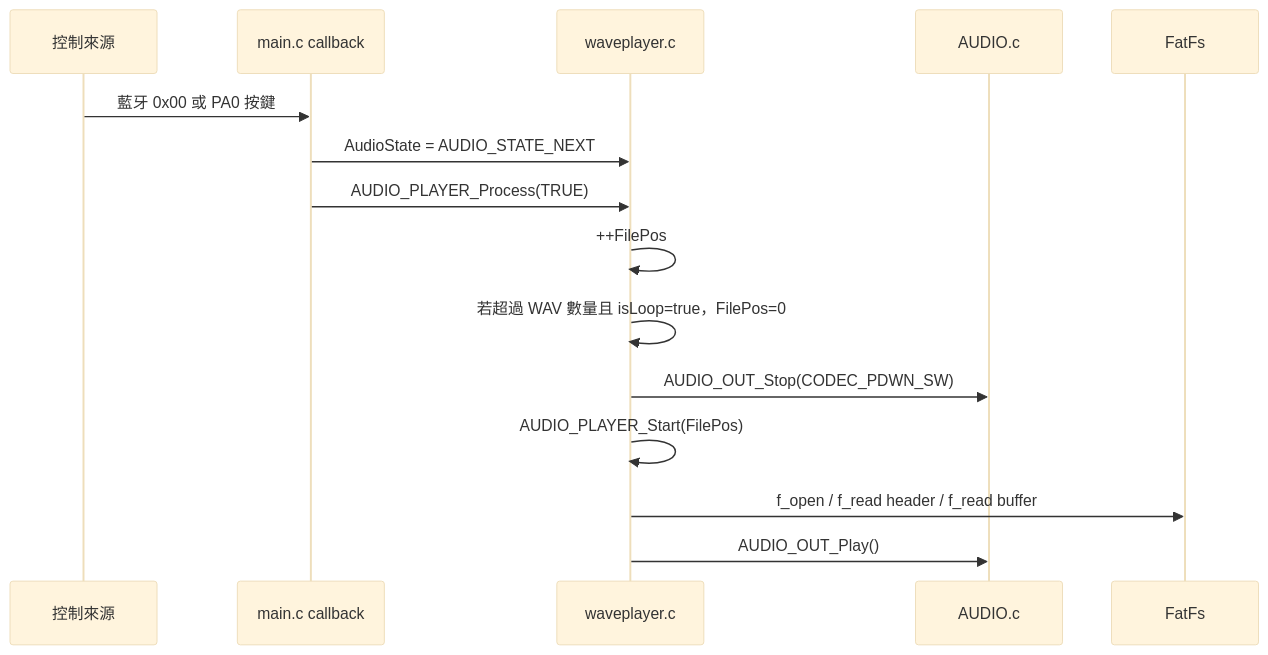
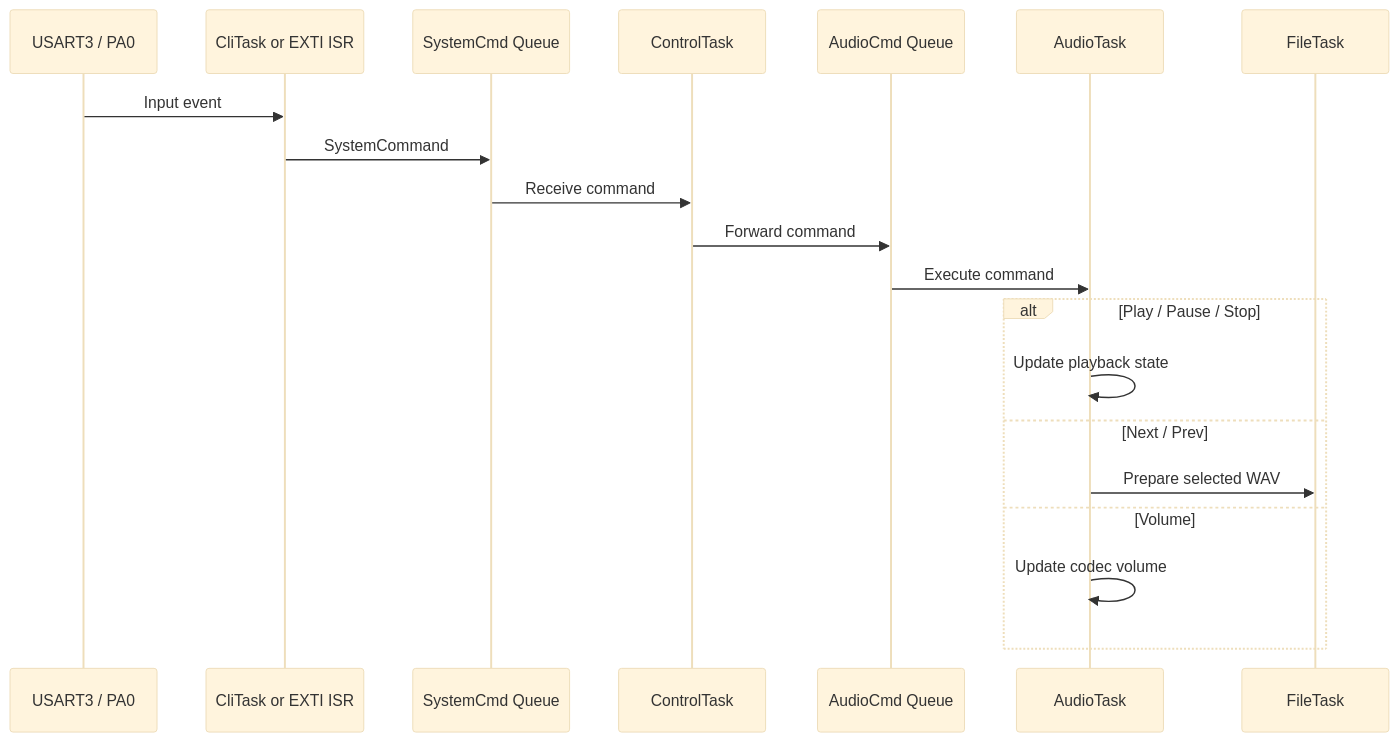
The fifth of 13 diagrams in USB_MP3/graph_mp3.md (JiaChangGit/Embedded-operating-systems-NCKU), drawn with Mermaid (base theme) before and after one commit. The commit also changed other lines of this file and 72 other files, not shown here.

````diff
--- a/USB_MP3/graph_mp3.md
+++ b/USB_MP3/graph_mp3.md
@@ -306,18 +139,24 @@
 ```mermaid
 sequenceDiagram
-    participant Ctrl as 控制來源
-    participant Main as main.c callback
-    participant Wave as waveplayer.c
-    participant Audio as AUDIO.c
-    participant Fat as FatFs
+    participant Port as USART3 / PA0
+    participant CLI as CliTask or EXTI ISR
+    participant Q1 as SystemCmd Queue
+    participant Control as ControlTask
+    participant Q2 as AudioCmd Queue
+    participant Audio as AudioTask
+    participant File as FileTask
 
-    Ctrl->>Main: 藍牙 0x00 或 PA0 按鍵
-    Main->>Wave: AudioState = AUDIO_STATE_NEXT
-    Main->>Wave: AUDIO_PLAYER_Process(TRUE)
-    Wave->>Wave: ++FilePos
-    Wave->>Wave: 若超過 WAV 數量且 isLoop=true，FilePos=0
-    Wave->>Audio: AUDIO_OUT_Stop(CODEC_PDWN_SW)
-    Wave->>Wave: AUDIO_PLAYER_Start(FilePos)
-    Wave->>Fat: f_open / f_read header / f_read buffer
-    Wave->>Audio: AUDIO_OUT_Play()
+    Port->>CLI: Input event
+    CLI->>Q1: SystemCommand
+    Q1->>Control: Receive command
+    Control->>Q2: Forward command
+    Q2->>Audio: Execute command
+
+    alt Play / Pause / Stop
+        Audio->>Audio: Update playback state
+    else Next / Prev
+        Audio->>File: Prepare selected WAV
+    else Volume
+        Audio->>Audio: Update codec volume
+    end
 ```
````
